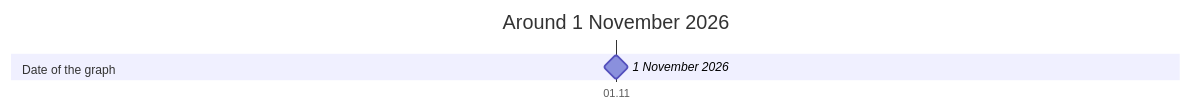
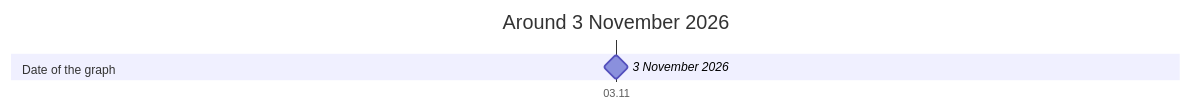
The diagram in std/docs/timeline.md (advancedcognitivesystems-ai/trame), drawn with Mermaid before and after one commit. The commit also changed other lines of this file and 101 other files, not shown here.

````diff
--- a/std/docs/timeline.md
+++ b/std/docs/timeline.md
@@ -5,8 +5,8 @@
 ```mermaid
 gantt
   dateFormat YYYY-MM-DD
   axisFormat %d.%m
-  title Around 1 November 2026
+  title Around 3 November 2026
   section Date of the graph
-    1 November 2026 : milestone, 2026-11-01, 0d
+    3 November 2026 : milestone, 2026-11-03, 0d
 ```
````
